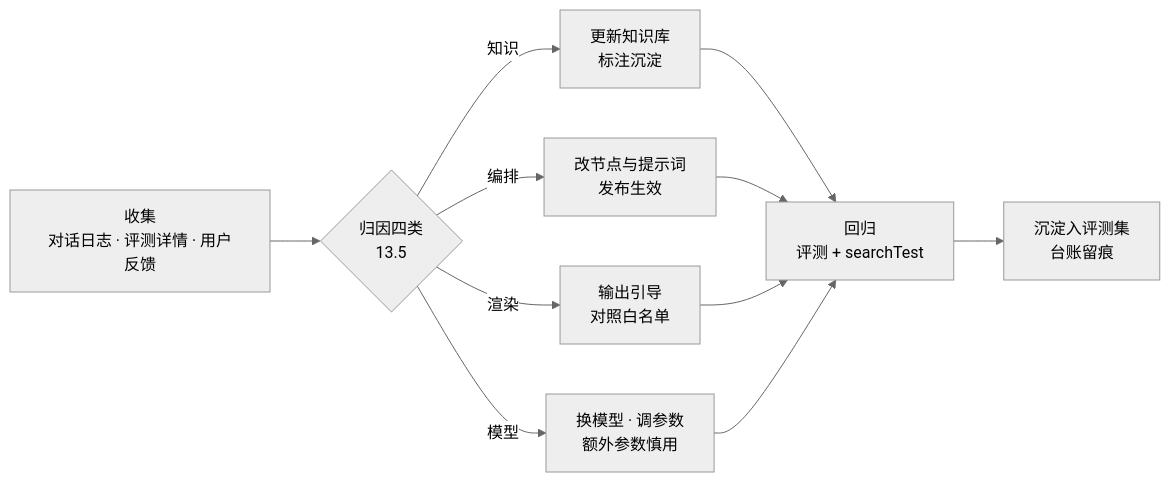
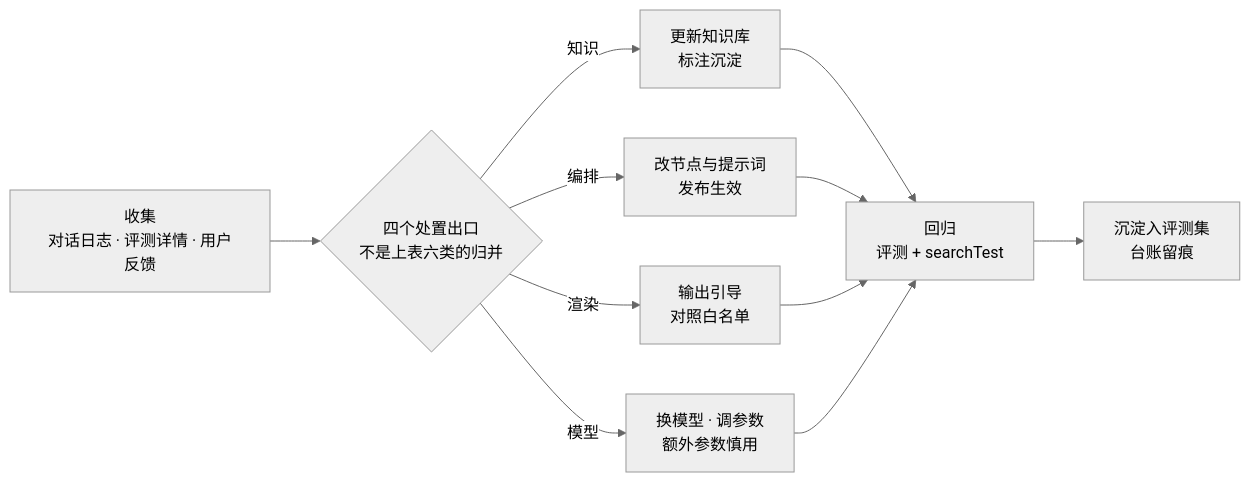
One commit to ybak/ai-tutorial changed the third of 3 diagrams in books/fastgpt/chapters/13-chat-operations-eval.md. Above: the diagram before and after it, drawn with Mermaid (neutral theme). The commit also changed other lines of this file and 21 other files, not shown here.

````diff
--- a/books/fastgpt/chapters/13-chat-operations-eval.md
+++ b/books/fastgpt/chapters/13-chat-operations-eval.md
@@ -229,13 +229,13 @@
 ```mermaid
 flowchart LR
-    A["收集<br/>对话日志 · 评测详情 · 用户反馈"] --> B{"归因四类<br/>13.5"}
+    A["收集<br/>对话日志 · 评测详情 · 用户反馈"] --> B{"四个处置出口<br/>不是上表六类的归并"}
     B -->|知识| C["更新知识库<br/>标注沉淀"]
     B -->|编排| D["改节点与提示词<br/>发布生效"]
     B -->|渲染| E["输出引导<br/>对照白名单"]
     B -->|模型| F["换模型 · 调参数<br/>额外参数慎用"]
     C --> G["回归<br/>评测 + searchTest"]
     D --> G
     E --> G
     F --> G
     G --> H["沉淀入评测集<br/>台账留痕"]
 ```
````
